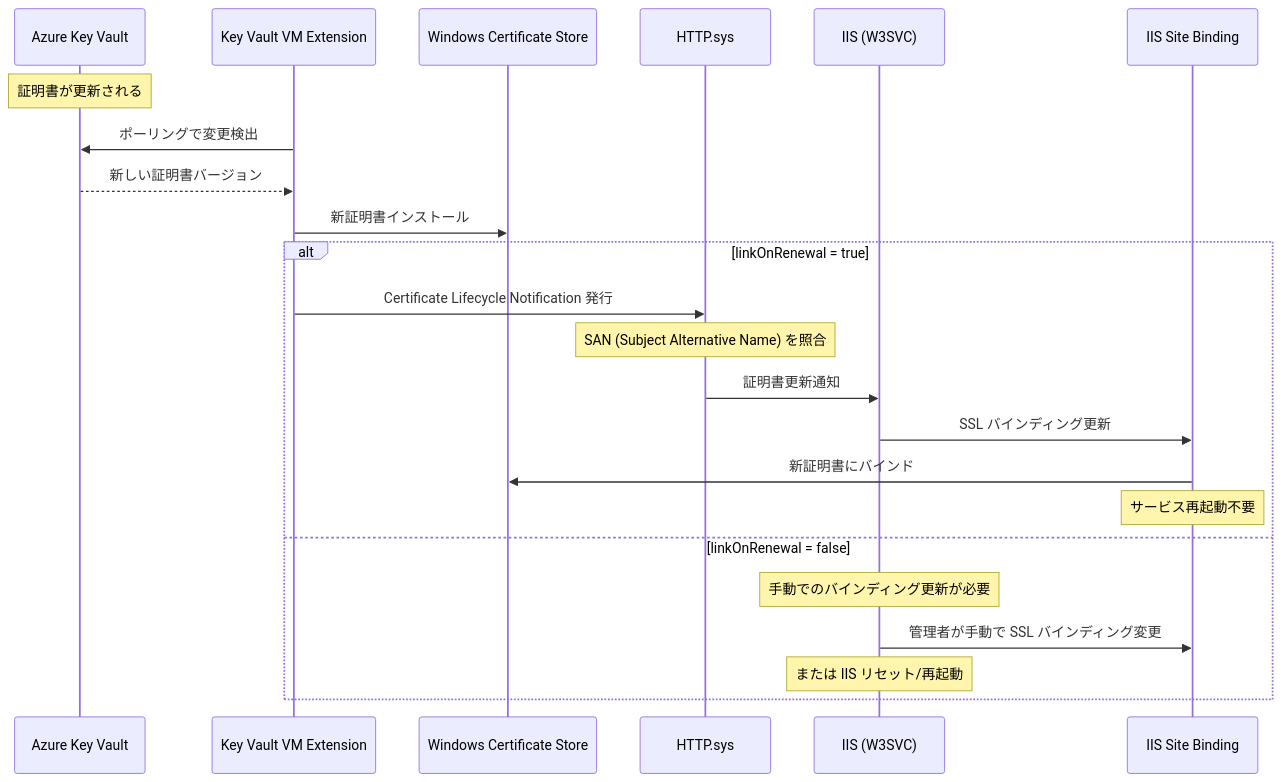
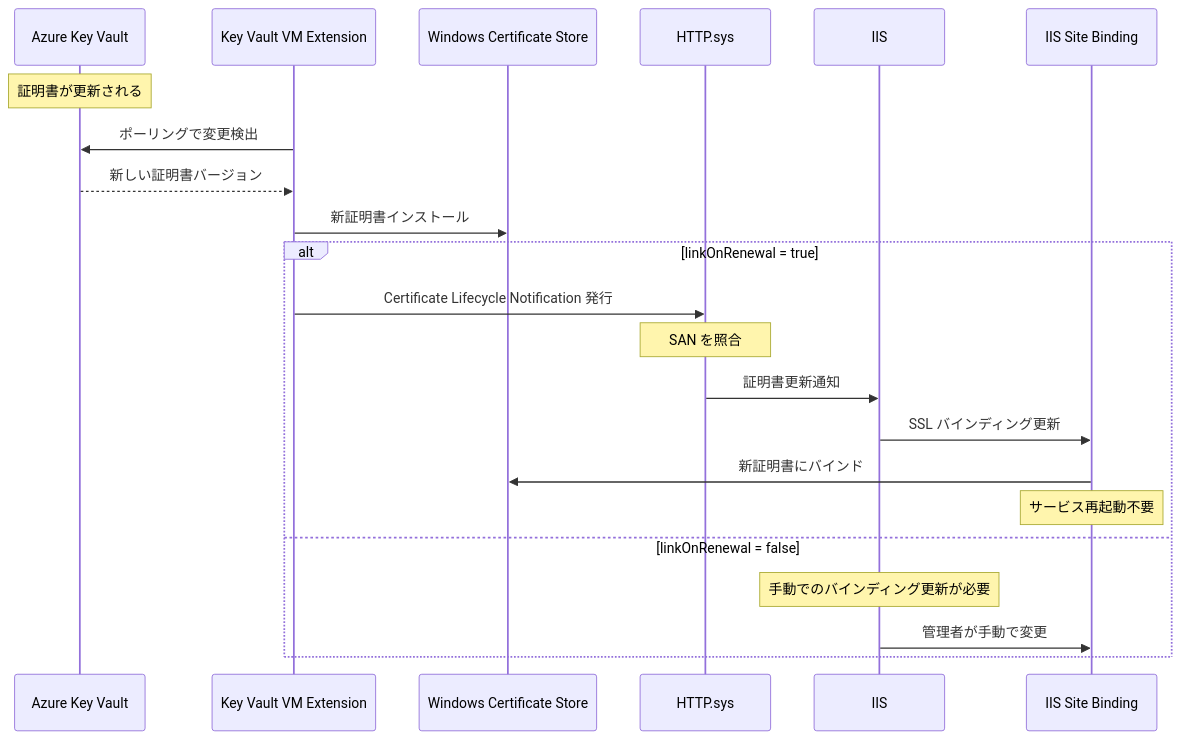
Before and after one commit to zukakosan/blog-tech: the fifth of 7 diagrams in docs/azure/akvvm-mermaid.md, drawn with Mermaid. The commit also changed other lines of this file and 2 other files, not shown here.

Commit message:
Rename mermaid agent for Zenn and update Mermaid diagrams to render correctly (use `<br/>`, quote labels)

````diff
--- a/docs/azure/akvvm-mermaid.md
+++ b/docs/azure/akvvm-mermaid.md
@@ -116,28 +112,27 @@
 ```mermaid
 sequenceDiagram
     participant KV as Azure Key Vault
     participant EXT as Key Vault VM Extension
     participant STORE as Windows Certificate Store
     participant HTTP as HTTP.sys
-    participant IIS as IIS (W3SVC)
+    participant IIS as IIS
     participant SITE as IIS Site Binding
 
     Note over KV: 証明書が更新される
     
     EXT->>KV: ポーリングで変更検出
     KV-->>EXT: 新しい証明書バージョン
     EXT->>STORE: 新証明書インストール
     
     alt linkOnRenewal = true
         EXT->>HTTP: Certificate Lifecycle Notification 発行
-        Note over HTTP: SAN (Subject Alternative Name) を照合
+        Note over HTTP: SAN を照合
         HTTP->>IIS: 証明書更新通知
         IIS->>SITE: SSL バインディング更新
         SITE->>STORE: 新証明書にバインド
         Note over SITE: サービス再起動不要
     else linkOnRenewal = false
         Note over IIS: 手動でのバインディング更新が必要
-        IIS->>SITE: 管理者が手動で SSL バインディング変更
-        Note over IIS: または IIS リセット/再起動
+        IIS->>SITE: 管理者が手動で変更
     end
 ```
````
